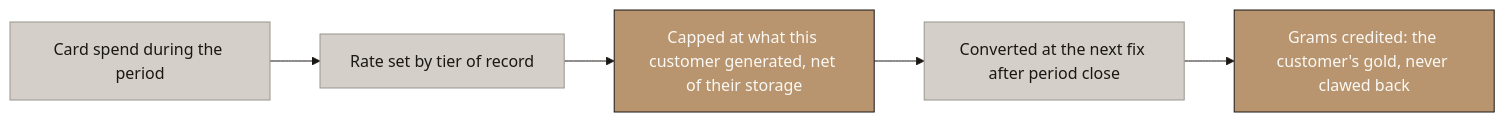
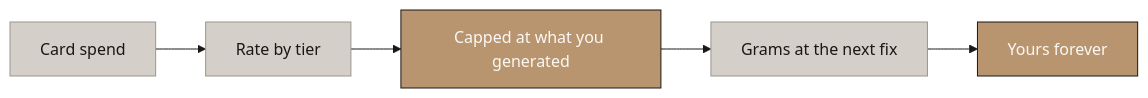
Before and after one commit to Abdsys/Aurumix: the fifth of 6 diagrams in deliverables/2-mechanism-design/Aurumix_Process_Maps_ICS_Benefits.md, drawn with Mermaid. The commit also changed other lines of this file, not shown here.

````diff
--- a/deliverables/2-mechanism-design/Aurumix_Process_Maps_ICS_Benefits.md
+++ b/deliverables/2-mechanism-design/Aurumix_Process_Maps_ICS_Benefits.md
@@ -227,25 +183,25 @@
 ```mermaid
 %%{init: {'theme': 'base', 'themeVariables': {
     'primaryColor': '#B8956E',
     'primaryTextColor': '#1A1714',
     'primaryBorderColor': '#1A1714',
     'lineColor': '#1A1714',
     'secondaryColor': '#FAF8F5',
     'tertiaryColor': '#D4CFC8',
     'fontFamily': 'Libre Franklin, sans-serif',
     'edgeLabelBackground': '#D4CFC8',
     'clusterBkg': '#FAF8F5',
     'clusterBorder': '#B8956E'
 }}}%%
 graph LR
-    A["Card spend during the period"] --> B["Rate set by tier of record"]
-    B --> C["Capped at what this customer generated, net of their storage"]
-    C --> D["Converted at the next fix after period close"]
-    D --> E["Grams credited: the customer's gold, never clawed back"]
+    A["Card spend"] --> B["Rate by tier"]
+    B --> C["Capped at what you generated"]
+    C --> D["Grams at the next fix"]
+    D --> E["Yours forever"]
 
     style A fill:#D4CFC8,stroke:#9A9590,color:#1A1714
     style B fill:#D4CFC8,stroke:#9A9590,color:#1A1714
     style C fill:#B8956E,stroke:#1A1714,color:#FAF8F5
     style D fill:#D4CFC8,stroke:#9A9590,color:#1A1714
     style E fill:#B8956E,stroke:#1A1714,color:#FAF8F5
 ```
````
